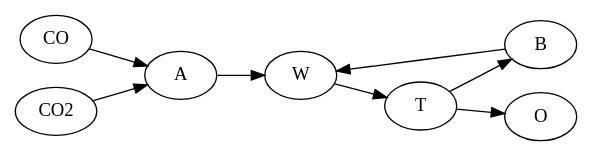
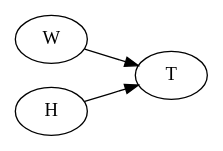
Before and after one commit to smarianimore/multiagent_algorithm: the diagram in tmp/2/Digraph.gv, drawn with Graphviz. The commit also changed 17 other files, not shown here.

```diff
--- a/tmp/2/Digraph.gv
+++ b/tmp/2/Digraph.gv
@@ -1,10 +1,5 @@
 digraph {
 	graph [rankdir=LR]
-	CO -> A
-	CO2 -> A
-	A -> W
 	W -> T
-	B -> W
-	T -> O
-	T -> B
+	H -> T
 }
```
